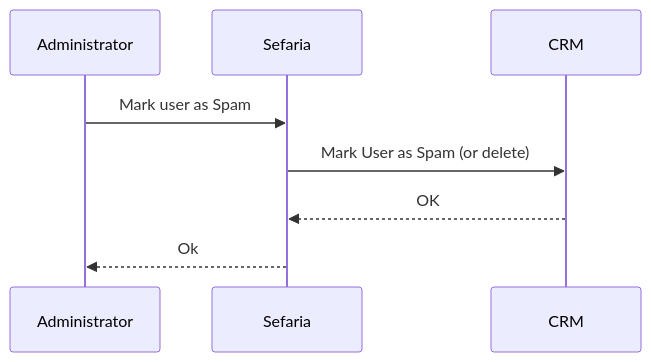
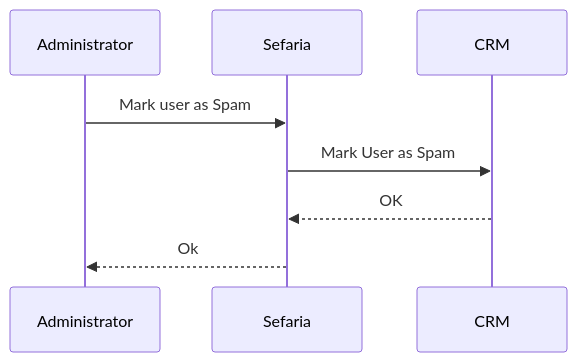
The eighth of 8 diagrams in sefaria/helper/crm/crm.md (sidzan/Lopenling-reader), drawn with Mermaid before and after one commit. The commit also changed other lines of this file, not shown here.

````diff
--- a/sefaria/helper/crm/crm.md
+++ b/sefaria/helper/crm/crm.md
@@ -253,10 +236,10 @@
 ```mermaid
 sequenceDiagram
     participant Administrator 
     participant Sefaria
     Participant CRM
     Administrator->>Sefaria: Mark user as Spam
-    Sefaria->>CRM: Mark User as Spam (or delete)
+    Sefaria->>CRM: Mark User as Spam
     CRM-->>Sefaria: OK
     Sefaria-->>Administrator: Ok
 ```
````
